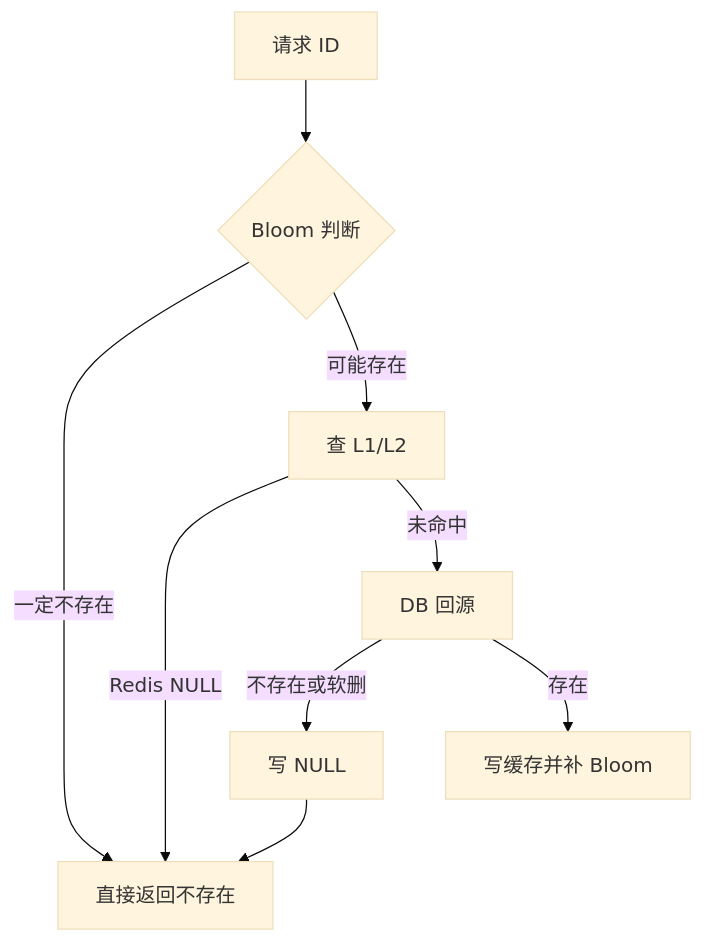
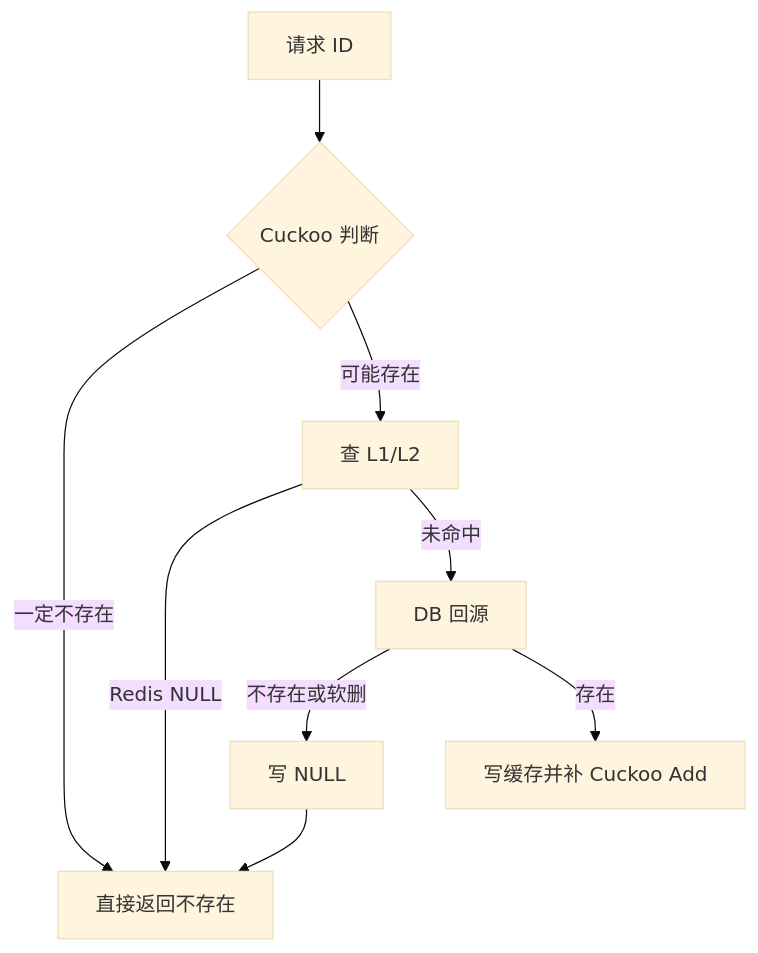
One commit to bitladykiller/zhiguang_go changed the seventh of 9 diagrams in docs/modules/09-热点缓存与多级缓存策略.md. Above: the diagram before and after it, drawn with Mermaid (base theme). The commit also changed other lines of this file and 10 other files, not shown here.

First line of the commit message:
feat(cache): replace classic Bloom with deletable Cuckoo filter

````diff
--- a/docs/modules/09-热点缓存与多级缓存策略.md
+++ b/docs/modules/09-热点缓存与多级缓存策略.md
@@ -350,11 +350,11 @@
 ```mermaid
 flowchart TD
-    A[请求 ID] --> B{Bloom 判断}
+    A[请求 ID] --> B{Cuckoo 判断}
     B -->|一定不存在| C[直接返回不存在]
     B -->|可能存在| D[查 L1/L2]
     D -->|Redis NULL| C
     D -->|未命中| E[DB 回源]
     E -->|不存在或软删| F[写 NULL]
     F --> C
-    E -->|存在| G[写缓存并补 Bloom]
+    E -->|存在| G[写缓存并补 Cuckoo Add]
 ```
````
